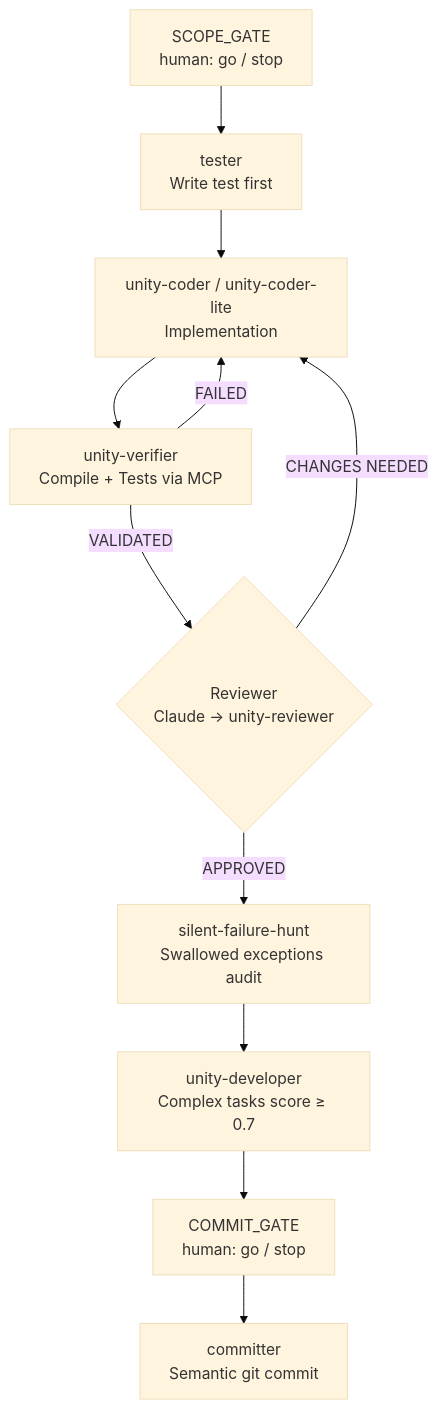
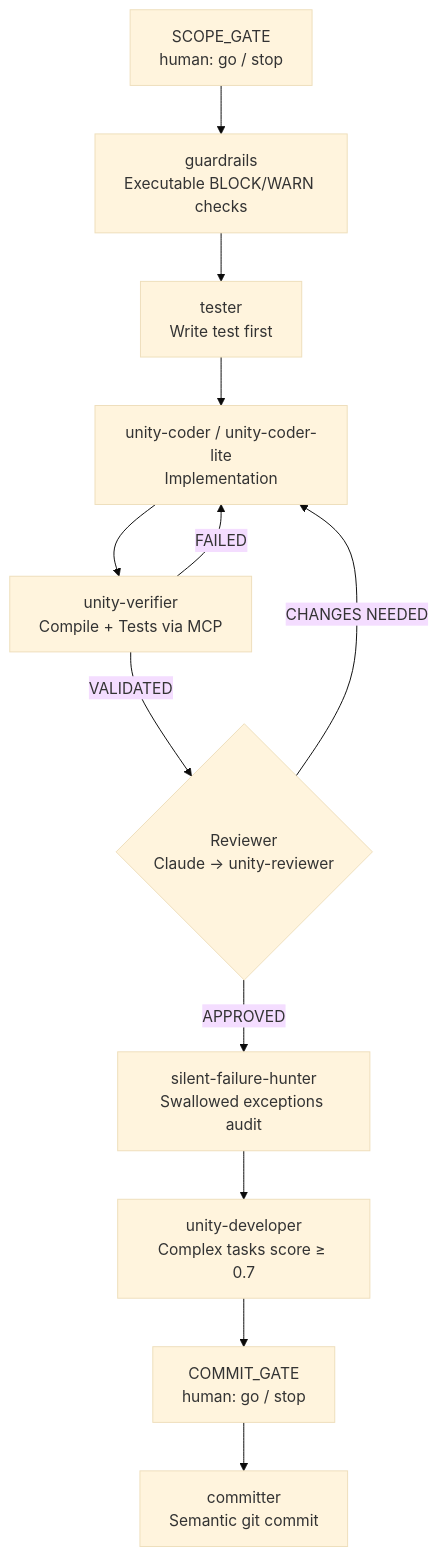
The second of 5 diagrams in docs/ARCHITECTURE.md (berkterek/unity-codex-ai-template-repo), drawn with Mermaid (base theme) before and after one commit. The commit also changed other lines of this file and 24 other files, not shown here.

Commit message:
infra: add executable Codex guardrails

````diff
--- a/docs/ARCHITECTURE.md
+++ b/docs/ARCHITECTURE.md
@@ -52,19 +52,20 @@
 ```mermaid
 graph TD
     GATE["SCOPE_GATE\nhuman: go / stop"]
+    GUARD["guardrails\nExecutable BLOCK/WARN checks"]
     TW["tester\nWrite test first"]
     CODER["unity-coder / unity-coder-lite\nImplementation"]
     VER["unity-verifier\nCompile + Tests via MCP"]
     REV{"Reviewer\nClaude → unity-reviewer"}
-    SFH["silent-failure-hunt\nSwallowed exceptions audit"]
+    SFH["silent-failure-hunter\nSwallowed exceptions audit"]
     DEV["unity-developer\nComplex tasks score ≥ 0.7"]
     COMMIT_GATE["COMMIT_GATE\nhuman: go / stop"]
     CMT["committer\nSemantic git commit"]
 
-    GATE --> TW --> CODER --> VER
+    GATE --> GUARD --> TW --> CODER --> VER
     VER -->|VALIDATED| REV
     VER -->|FAILED| CODER
     REV -->|APPROVED| SFH
     REV -->|CHANGES NEEDED| CODER
     SFH --> DEV --> COMMIT_GATE --> CMT
 ```
````
